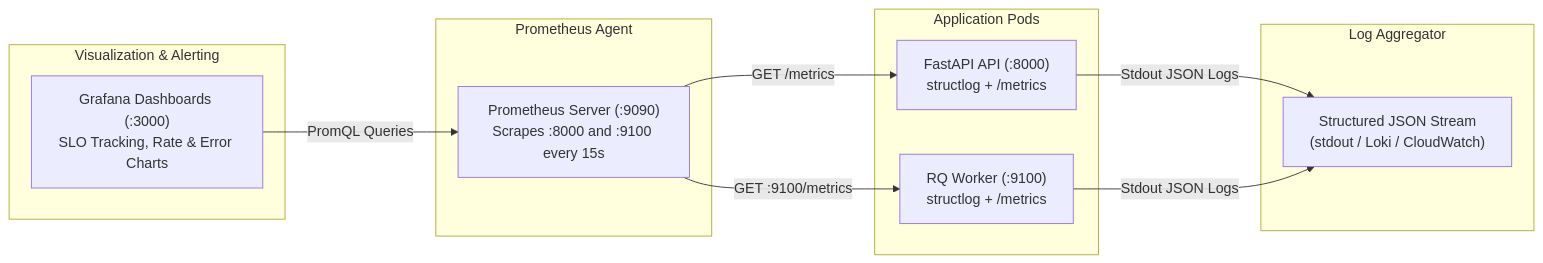
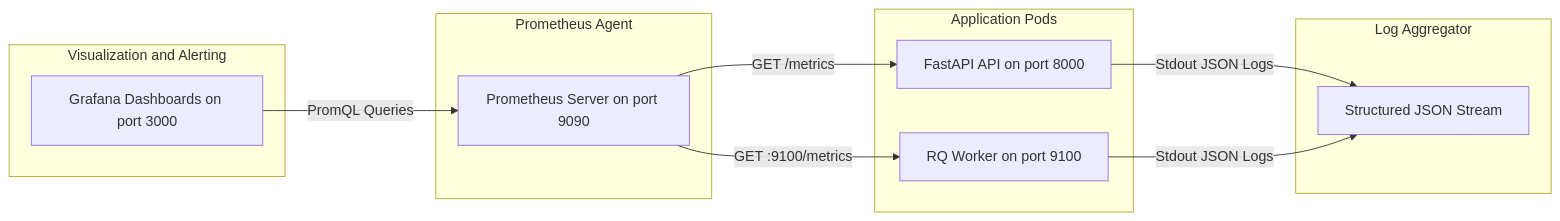
The diagram in vault/19-observability.md (nikhil-87/CodeSensei), drawn with Mermaid before and after one commit. The commit also changed 25 other files, not shown here.

Commit message:
docs: initialize comprehensive technical documentation, architecture diagrams, and verification guides in vault and docs directories

````diff
--- a/vault/19-observability.md
+++ b/vault/19-observability.md
@@ -10,27 +10,27 @@
 ```mermaid
 flowchart LR
     subgraph AppInstances ["Application Pods"]
-        API["FastAPI API (:8000)<br/>structlog + /metrics"]
-        Worker["RQ Worker (:9100)<br/>structlog + /metrics"]
+        API["FastAPI API on port 8000"]
+        Worker["RQ Worker on port 9100"]
     end
 
     subgraph ScrapeTarget ["Prometheus Agent"]
-        Prom["Prometheus Server (:9090)<br/>Scrapes :8000 and :9100 every 15s"]
+        Prom["Prometheus Server on port 9090"]
     end
 
-    subgraph Viz ["Visualization & Alerting"]
-        Grafana["Grafana Dashboards (:3000)<br/>SLO Tracking, Rate & Error Charts"]
+    subgraph Viz ["Visualization and Alerting"]
+        Grafana["Grafana Dashboards on port 3000"]
     end
 
     subgraph LogSink ["Log Aggregator"]
-        Loki["Structured JSON Stream<br/>(stdout / Loki / CloudWatch)"]
+        Loki["Structured JSON Stream"]
     end
 
     API -->|Stdout JSON Logs| Loki
     Worker -->|Stdout JSON Logs| Loki
 
     Prom -->|GET /metrics| API
     Prom -->|GET :9100/metrics| Worker
 
     Grafana -->|PromQL Queries| Prom
 ```
````
